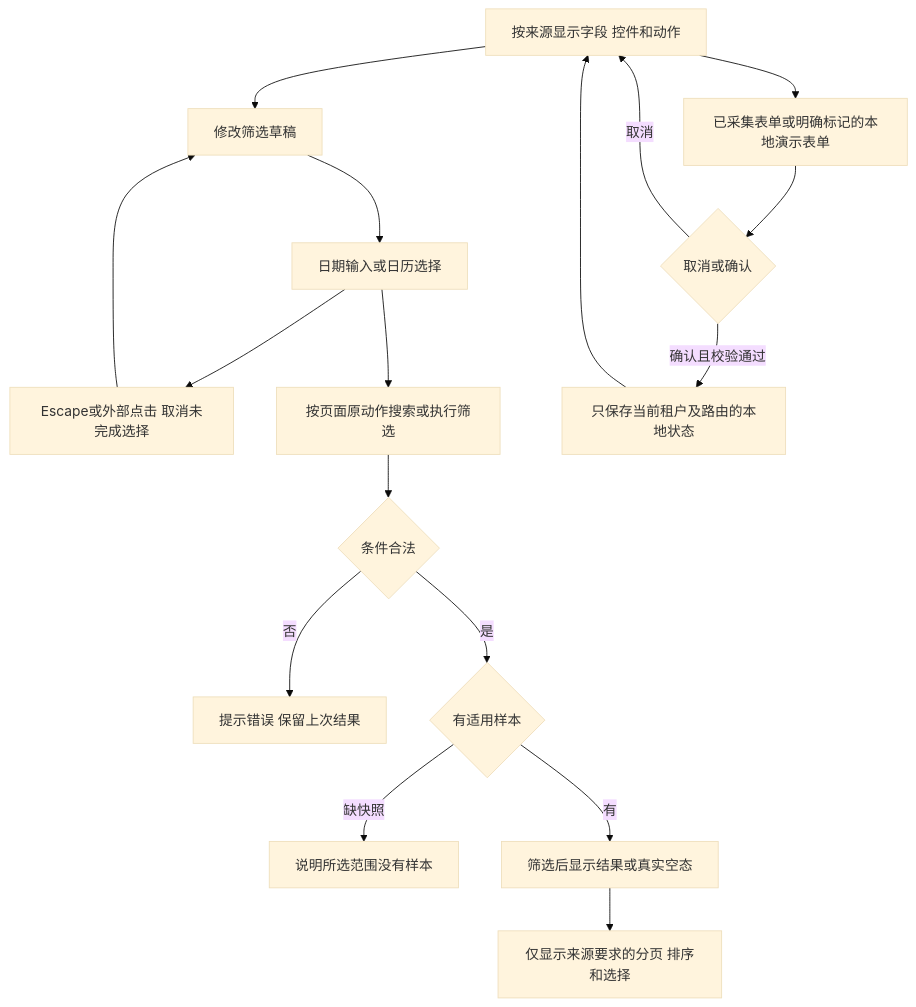
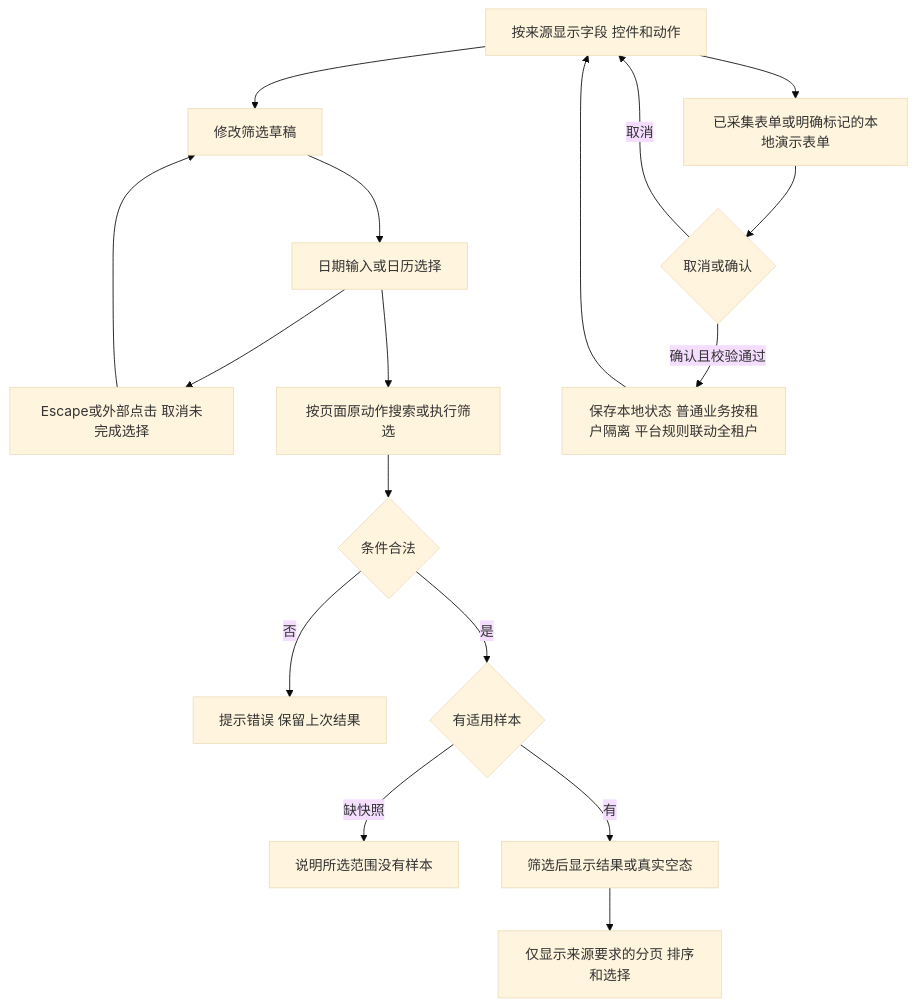
Before and after one commit to xfang9528-glitch/suiyin-admin: the second of 9 diagrams in flowcharts/admin-live-reference.md, drawn with Mermaid (base theme). The commit also changed other lines of this file and 35 other files, not shown here.

````diff
--- a/flowcharts/admin-live-reference.md
+++ b/flowcharts/admin-live-reference.md
@@ -33,19 +33,19 @@
 ```mermaid
 flowchart TD
     Page[按来源显示字段 控件和动作] --> Draft[修改筛选草稿]
     Draft --> Calendar[日期输入或日历选择]
     Calendar --> Cancel[Escape或外部点击 取消未完成选择]
     Cancel --> Draft
     Calendar --> Submit[按页面原动作搜索或执行筛选]
     Submit --> Valid{条件合法}
     Valid -->|否| Error[提示错误 保留上次结果]
     Valid -->|是| Coverage{有适用样本}
     Coverage -->|缺快照| NoSnapshot[说明所选范围没有样本]
     Coverage -->|有| Result[筛选后显示结果或真实空态]
     Result --> Tools[仅显示来源要求的分页 排序和选择]
     Page --> Edit[已采集表单或明确标记的本地演示表单]
     Edit --> Choice{取消或确认}
     Choice -->|取消| Page
-    Choice -->|确认且校验通过| Save[只保存当前租户及路由的本地状态]
+    Choice -->|确认且校验通过| Save[保存本地状态 普通业务按租户隔离 平台规则联动全租户]
     Save --> Page
 ```
````
